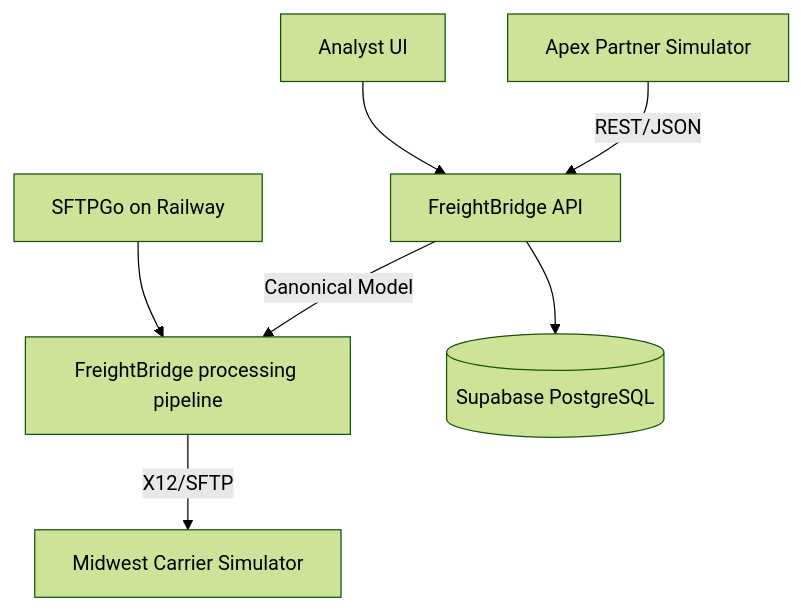
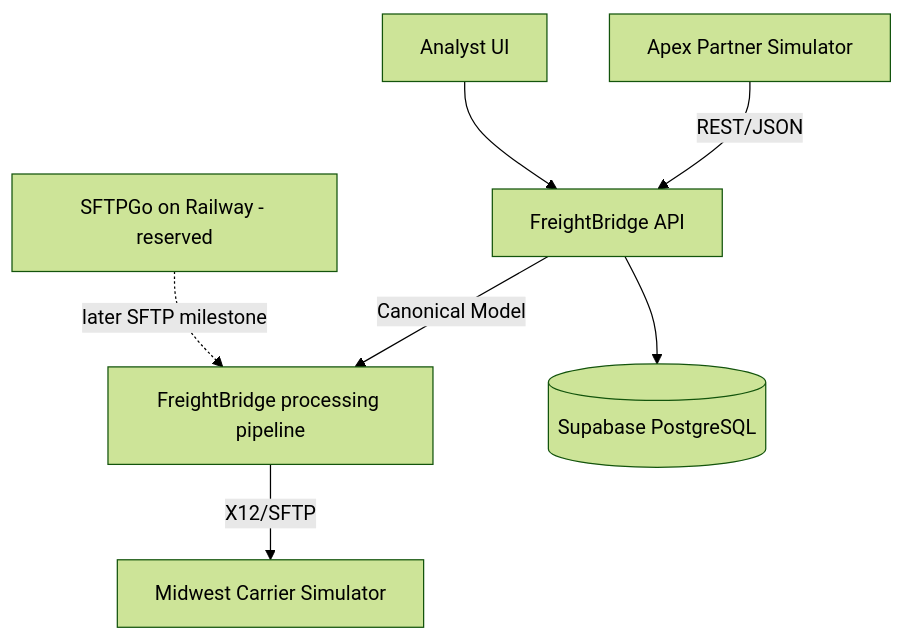
One commit to Ryandeboss/FreightBridge changed the diagram in docs/architecture/initial-architecture.md. Above: the diagram before and after it, drawn with Mermaid (forest theme). The commit also changed other lines of this file and 16 other files, not shown here.

````diff
--- a/docs/architecture/initial-architecture.md
+++ b/docs/architecture/initial-architecture.md
@@ -5,9 +5,9 @@
 ```mermaid
 flowchart TD
   Apex[Apex Partner Simulator] -->|REST/JSON| API[FreightBridge API]
   UI[Analyst UI] --> API
   API -->|Canonical Model| Pipeline[FreightBridge processing pipeline]
   Pipeline -->|X12/SFTP| Midwest[Midwest Carrier Simulator]
   API --> Supabase[(Supabase PostgreSQL)]
-  SFTP[SFTPGo on Railway] --> Pipeline
+  SFTP[SFTPGo on Railway - reserved] -. later SFTP milestone .-> Pipeline
 ```
````
